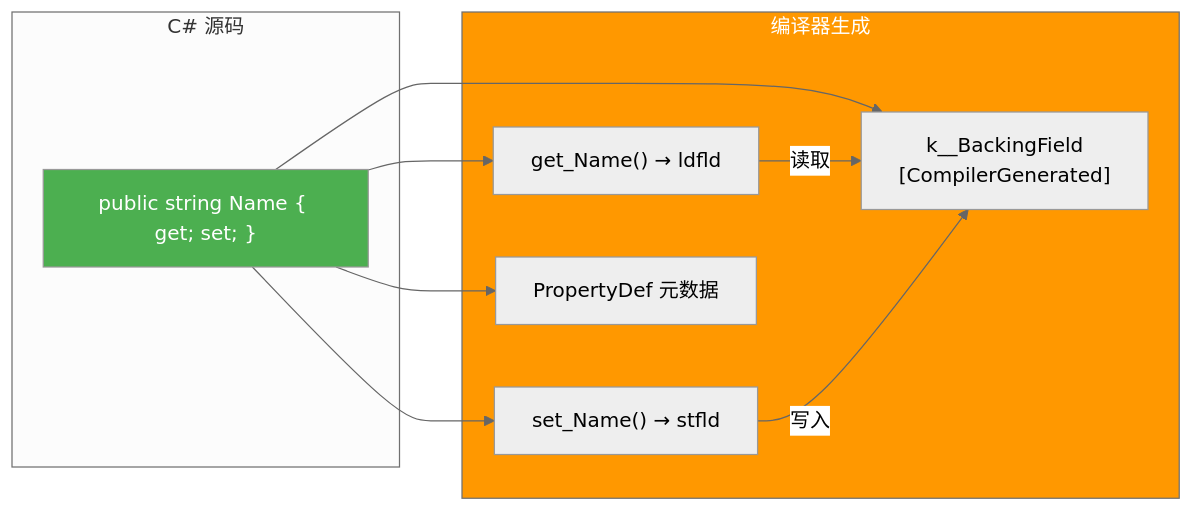
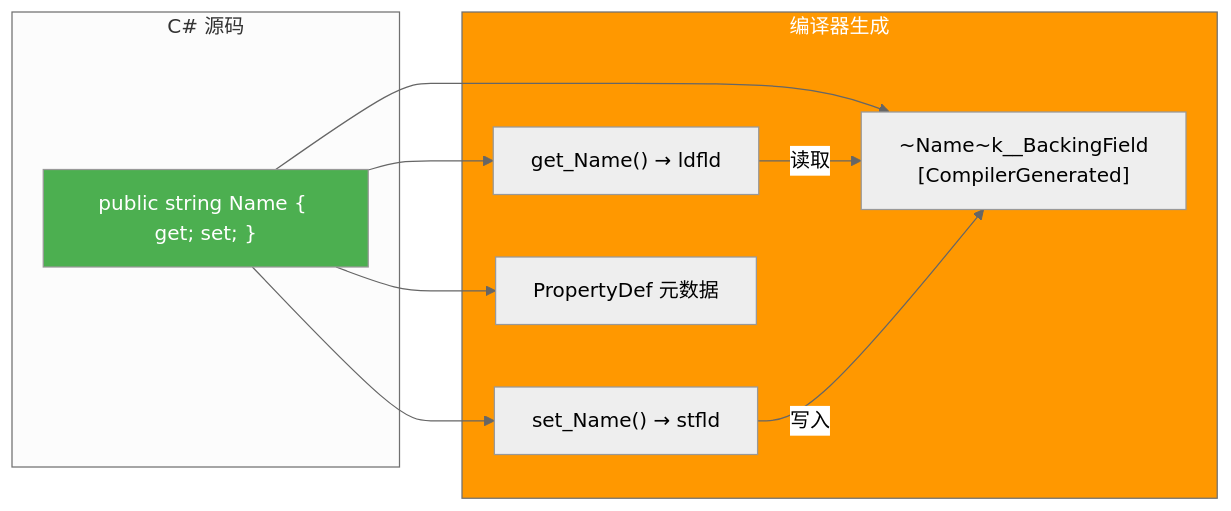
The second of 10 diagrams in src/后端开发/CSharp/CLR深度/02_对象与类型原理/04_属性与索引器原理.md (moklgydocs/moklgydocs.github.io), drawn with Mermaid (neutral theme) before and after one commit. The commit also changed other lines of this file and 32 other files, not shown here.

````diff
--- a/src/后端开发/CSharp/CLR深度/02_对象与类型原理/04_属性与索引器原理.md
+++ b/src/后端开发/CSharp/CLR深度/02_对象与类型原理/04_属性与索引器原理.md
@@ -252,20 +252,20 @@
 ```mermaid
 flowchart LR
     subgraph Source["C# 源码"]
         A["public string Name { get; set; }"]
     end
 
     subgraph Generated["编译器生成"]
-        B["<Name>k__BackingField<br/>[CompilerGenerated]"]
+        B["~Name~k__BackingField<br/>[CompilerGenerated]"]
         C["get_Name() → ldfld"]
         D["set_Name() → stfld"]
         E["PropertyDef 元数据"]
     end
 
     A --> B & C & D & E
     C -->|读取| B
     D -->|写入| B
 
     style A fill:#4CAF50,color:#fff
     style Generated fill:#FF9800,color:#fff
 ```
````
